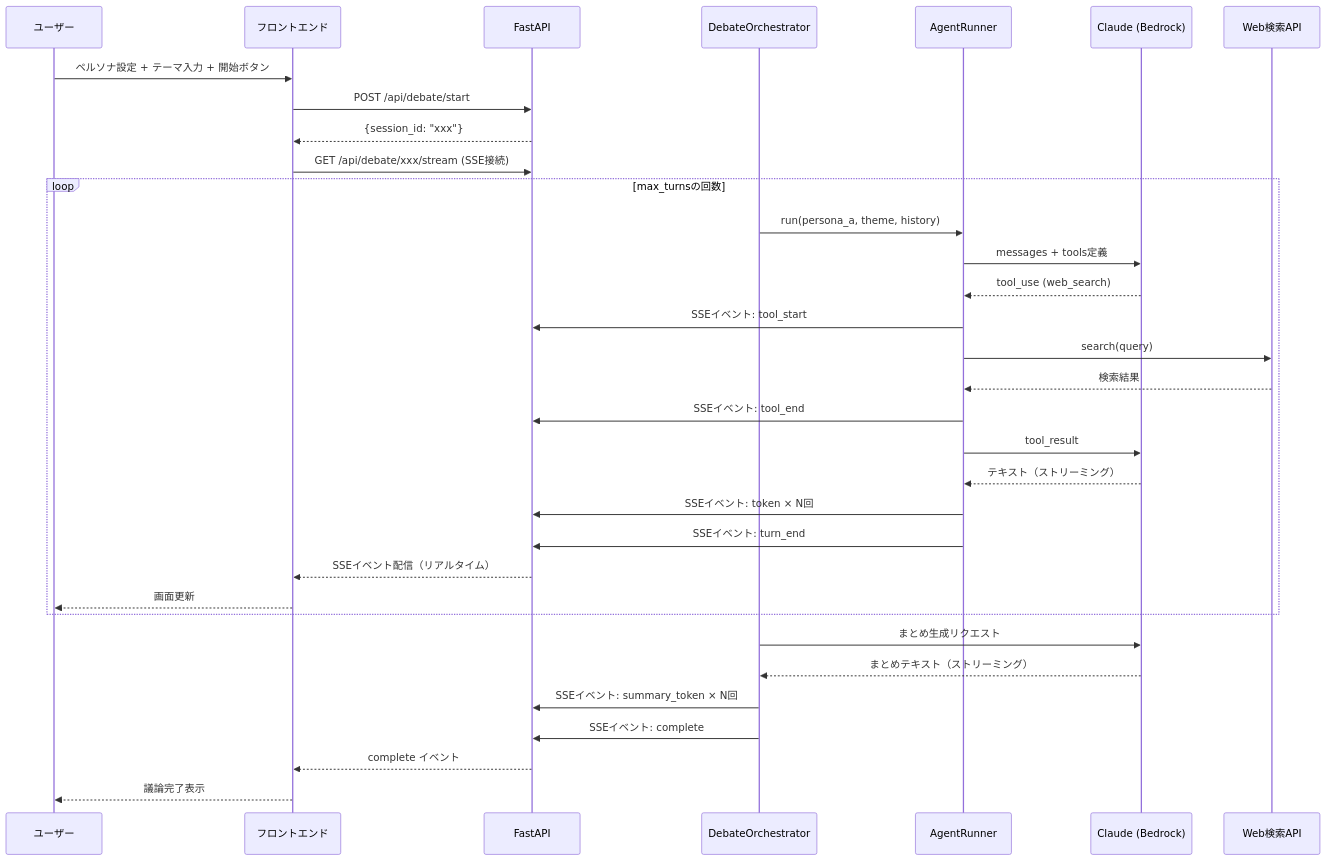
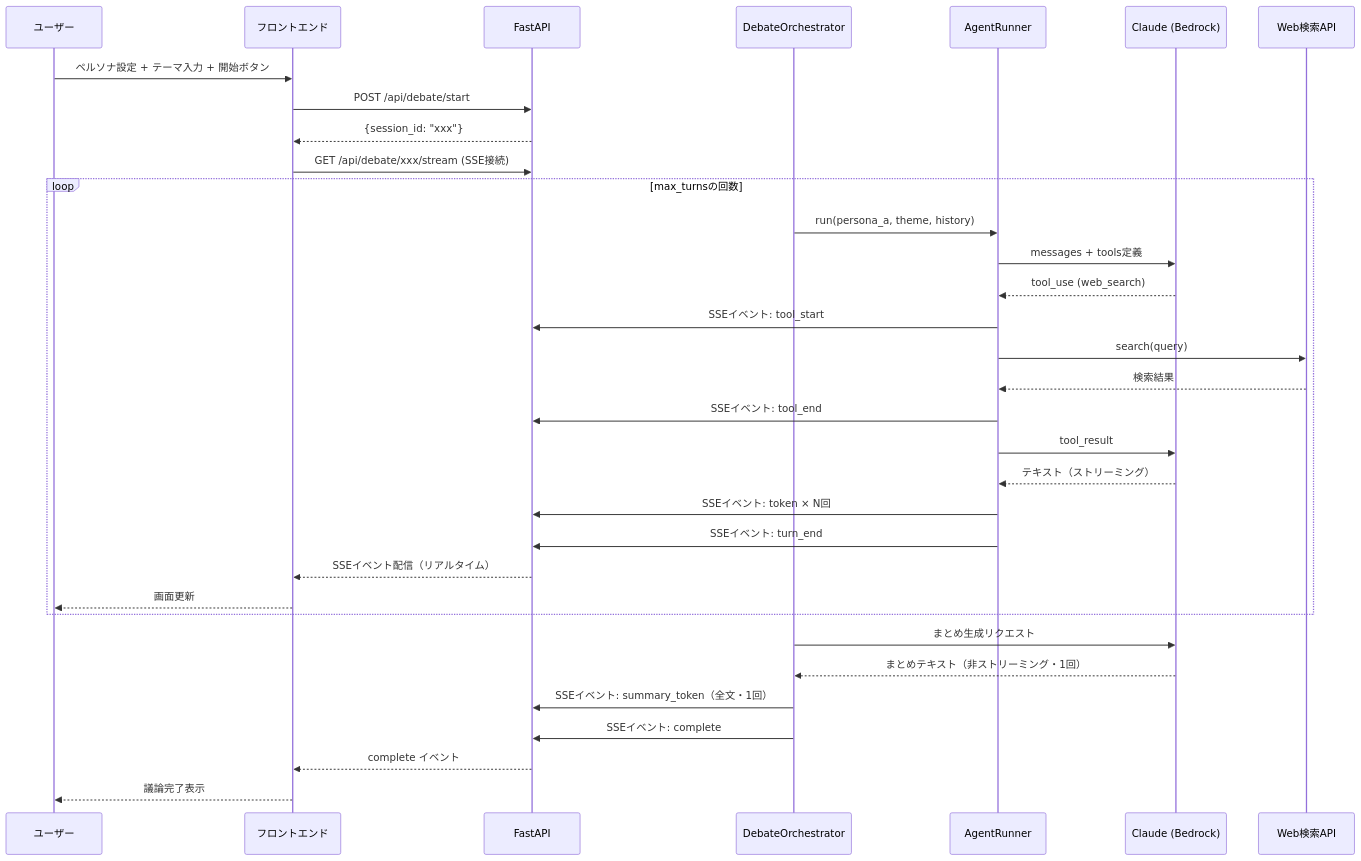
The second of 3 diagrams in docs/functional-design.md (kimura-sekishin/claude-ai-app), drawn with Mermaid before and after one commit. The commit also changed other lines of this file and 5 other files, not shown here.

````diff
--- a/docs/functional-design.md
+++ b/docs/functional-design.md
@@ -291,38 +296,38 @@
 ```mermaid
 sequenceDiagram
     participant User as ユーザー
     participant FE as フロントエンド
     participant API as FastAPI
     participant Orch as DebateOrchestrator
     participant Agent as AgentRunner
     participant Claude as Claude (Bedrock)
     participant Search as Web検索API
 
     User->>FE: ペルソナ設定 + テーマ入力 + 開始ボタン
     FE->>API: POST /api/debate/start
     API-->>FE: {session_id: "xxx"}
     FE->>API: GET /api/debate/xxx/stream (SSE接続)
 
     loop max_turnsの回数
         Orch->>Agent: run(persona_a, theme, history)
         Agent->>Claude: messages + tools定義
         Claude-->>Agent: tool_use (web_search)
         Agent->>API: SSEイベント: tool_start
         Agent->>Search: search(query)
         Search-->>Agent: 検索結果
         Agent->>API: SSEイベント: tool_end
         Agent->>Claude: tool_result
         Claude-->>Agent: テキスト（ストリーミング）
         Agent->>API: SSEイベント: token × N回
         Agent->>API: SSEイベント: turn_end
         API-->>FE: SSEイベント配信（リアルタイム）
         FE-->>User: 画面更新
     end
 
     Orch->>Claude: まとめ生成リクエスト
-    Claude-->>Orch: まとめテキスト（ストリーミング）
-    Orch->>API: SSEイベント: summary_token × N回
+    Claude-->>Orch: まとめテキスト（非ストリーミング・1回）
+    Orch->>API: SSEイベント: summary_token（全文・1回）
     Orch->>API: SSEイベント: complete
     API-->>FE: complete イベント
     FE-->>User: 議論完了表示
 ```
````
